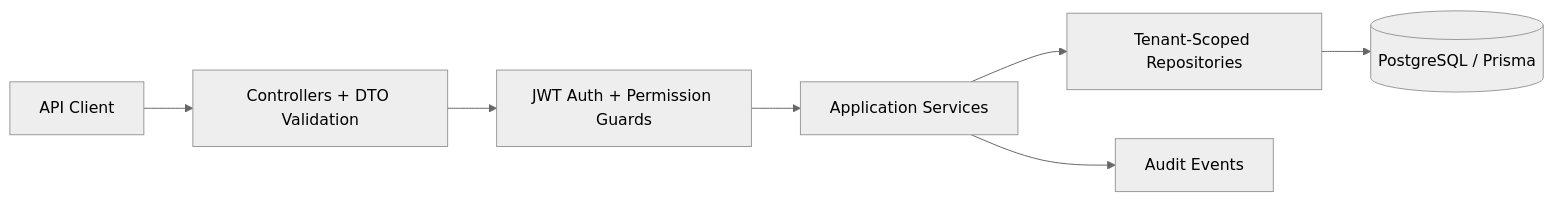
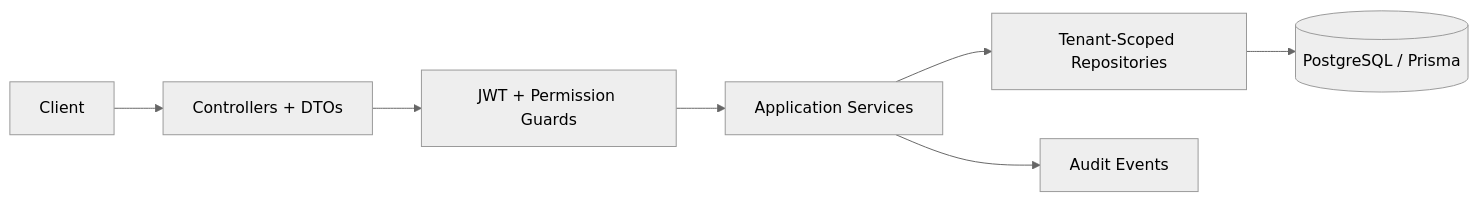
Before and after one commit to aszender/Multi-Tenant-IAM-Backend-Platform: the diagram in README.md, drawn with Mermaid (neutral theme). The commit also changed other lines of this file and 8 other files, not shown here.

````diff
--- a/README.md
+++ b/README.md
@@ -22,9 +20,9 @@
 ```mermaid
 flowchart LR
-  Client["API Client"] --> Controllers["Controllers + DTO Validation"]
-  Controllers --> Guards["JWT Auth + Permission Guards"]
+  Client["Client"] --> Controllers["Controllers + DTOs"]
+  Controllers --> Guards["JWT + Permission Guards"]
   Guards --> Services["Application Services"]
   Services --> Repositories["Tenant-Scoped Repositories"]
   Repositories --> DB[("PostgreSQL / Prisma")]
   Services --> Audit["Audit Events"]
 ```
````
